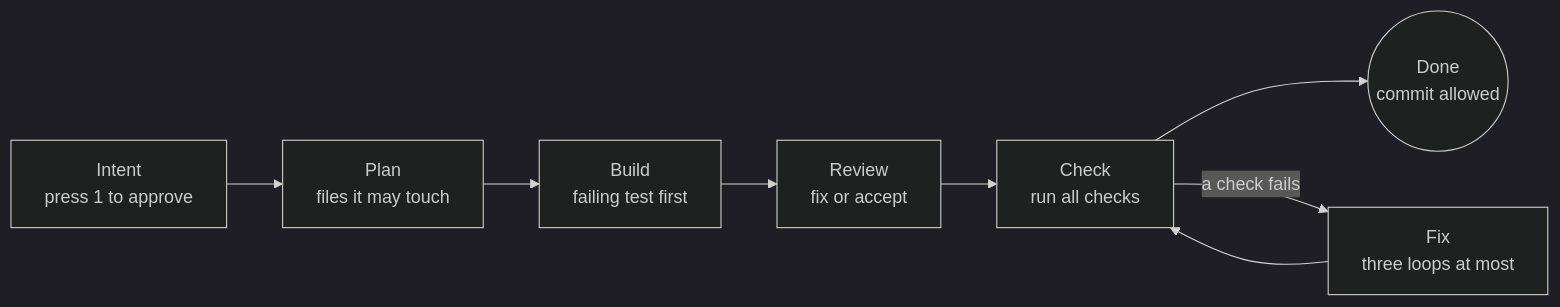
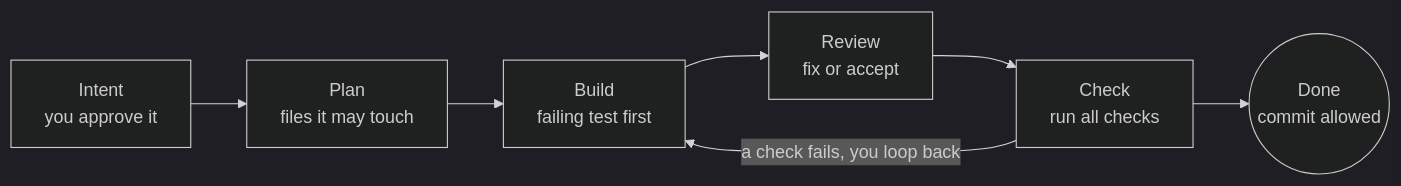
One commit to galando/temper changed the diagram in README.md. Above: the diagram before and after it, drawn with Mermaid (dark theme). The commit also changed other lines of this file and 192 other files, not shown here.

````diff
--- a/README.md
+++ b/README.md
@@ -50,10 +51,9 @@
 ```mermaid
 flowchart LR
-  I["Intent<br/>press 1 to approve"] --> P["Plan<br/>files it may touch"]
+  I["Intent<br/>you approve it"] --> P["Plan<br/>files it may touch"]
   P --> B["Build<br/>failing test first"]
   B --> R["Review<br/>fix or accept"]
   R --> C["Check<br/>run all checks"]
   C --> D(("Done<br/>commit allowed"))
-  C -- "a check fails" --> F["Fix<br/>three loops at most"]
-  F --> C
+  C -- "a check fails, you loop back" --> B
 ```
````
